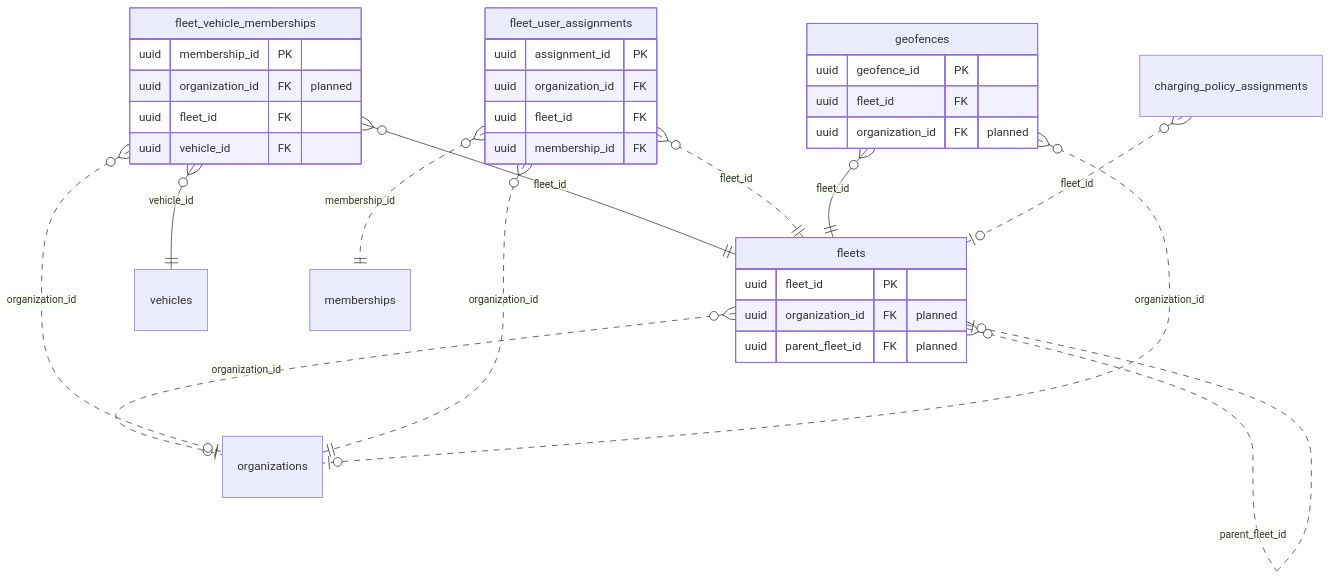
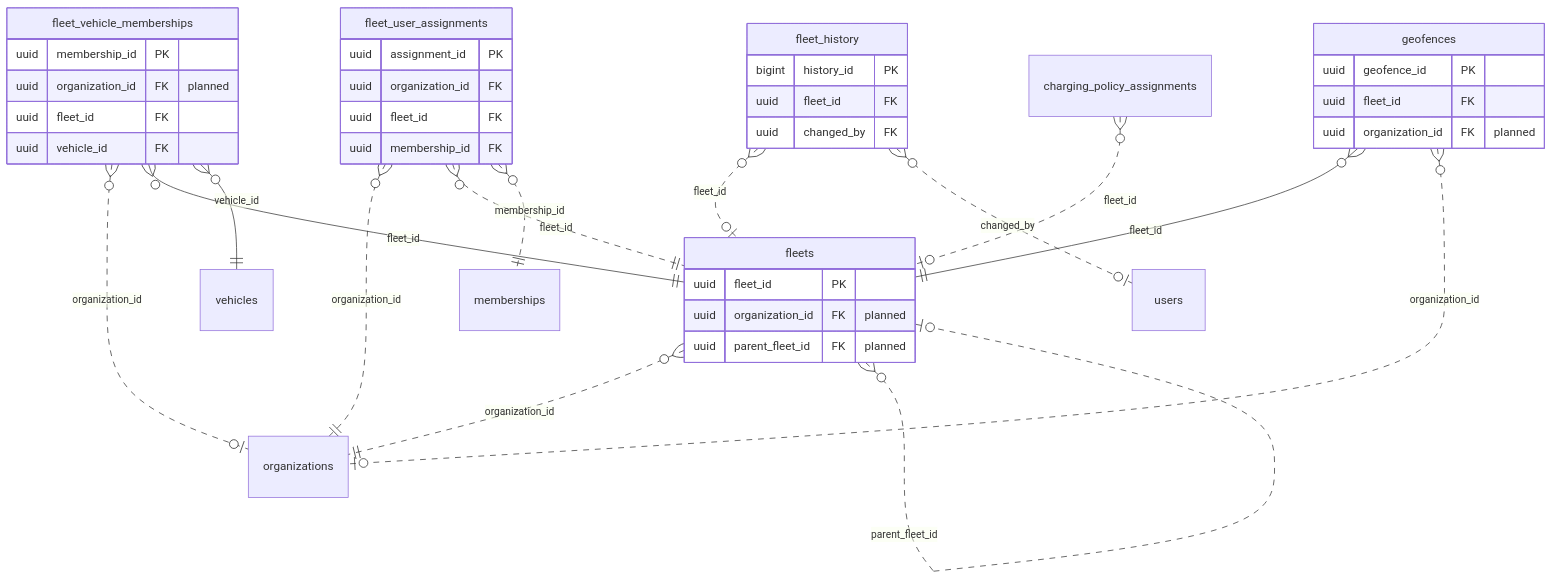
One commit to yolo-coccoc/G3Network-app changed the diagram in docs/design/domain-model/domains/fleet.md. Above: the diagram before and after it, drawn with Mermaid. The commit also changed other lines of this file and 5 other files, not shown here.

````diff
--- a/docs/design/domain-model/domains/fleet.md
+++ b/docs/design/domain-model/domains/fleet.md
@@ -18,36 +18,43 @@
 ```mermaid
 erDiagram
   fleets {
     uuid fleet_id PK
     uuid organization_id FK "planned"
     uuid parent_fleet_id FK "planned"
+  }
+  fleet_history {
+    bigint history_id PK
+    uuid fleet_id FK
+    uuid changed_by FK
   }
   fleet_vehicle_memberships {
     uuid membership_id PK
     uuid organization_id FK "planned"
     uuid fleet_id FK
     uuid vehicle_id FK
   }
   geofences {
     uuid geofence_id PK
     uuid fleet_id FK
     uuid organization_id FK "planned"
   }
   fleet_user_assignments {
     uuid assignment_id PK
     uuid organization_id FK
     uuid fleet_id FK
     uuid membership_id FK
   }
-  fleets }o..o| organizations : "organization_id"
+  fleets }o..|| organizations : "organization_id"
   fleets }o..o| fleets : "parent_fleet_id"
   fleet_vehicle_memberships }o..o| organizations : "organization_id"
   fleet_vehicle_memberships }o--|| fleets : "fleet_id"
   fleet_vehicle_memberships }o--|| vehicles : "vehicle_id"
   fleet_user_assignments }o..|| organizations : "organization_id"
   fleet_user_assignments }o..|| fleets : "fleet_id"
   fleet_user_assignments }o..|| memberships : "membership_id"
   geofences }o--|| fleets : "fleet_id"
   geofences }o..o| organizations : "organization_id"
   charging_policy_assignments }o..o| fleets : "fleet_id"
+  fleet_history }o..o| fleets : "fleet_id"
+  fleet_history }o..o| users : "changed_by"
 ```
````
